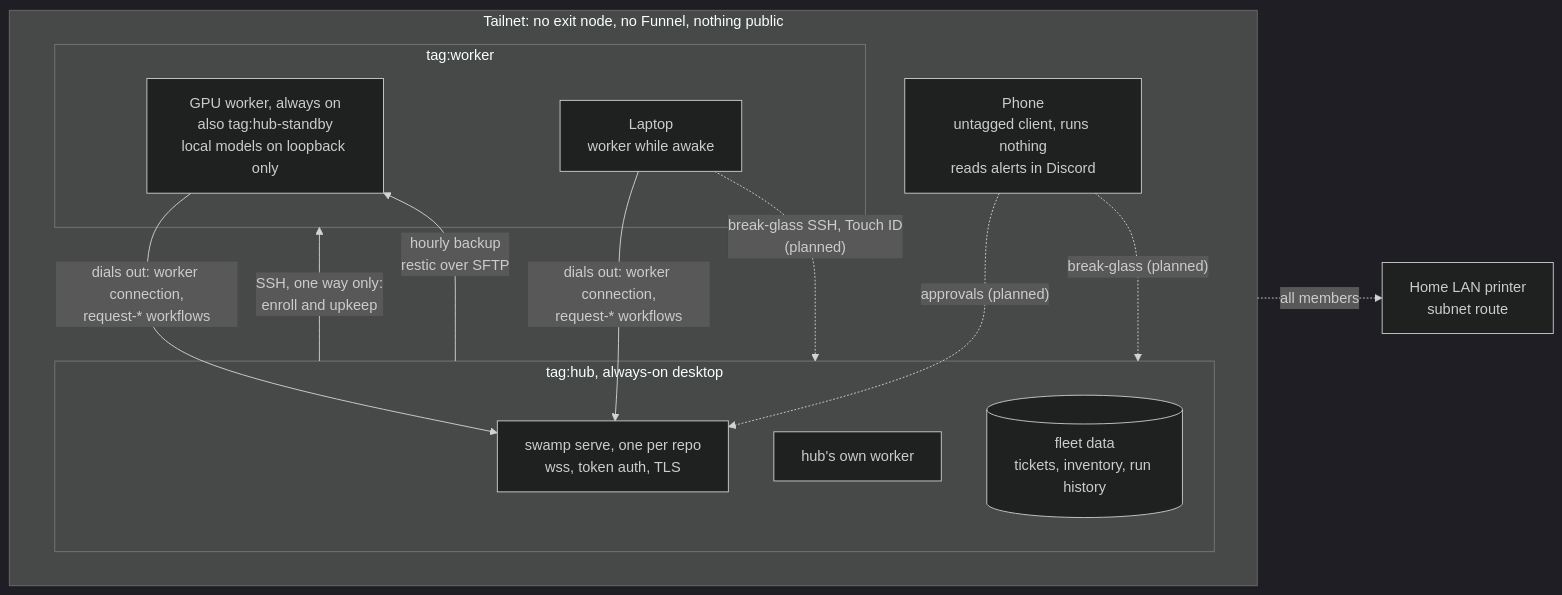
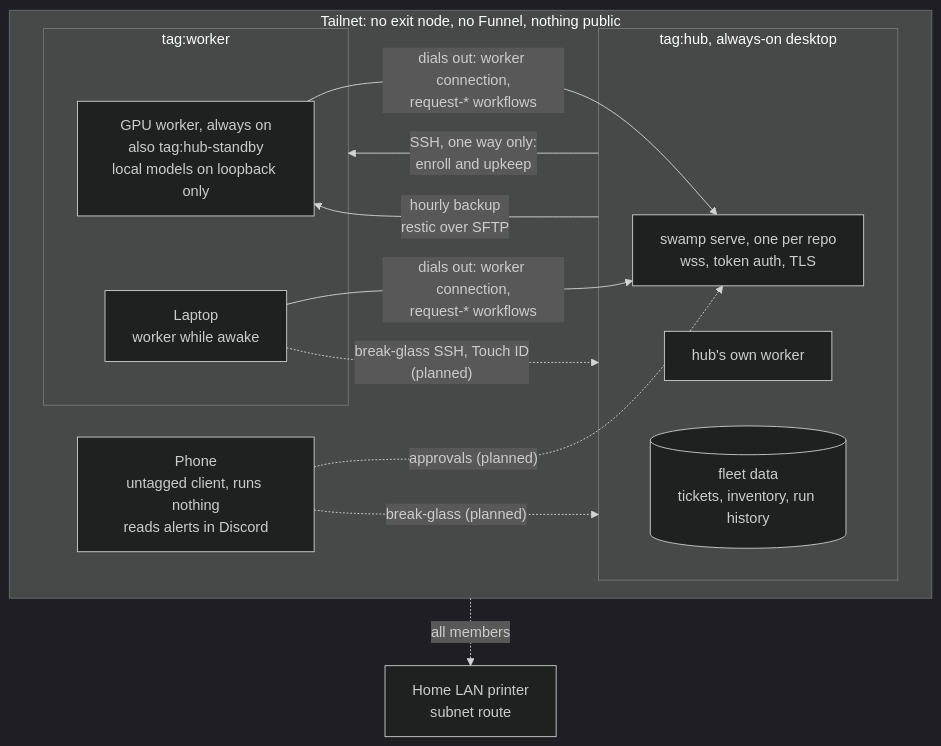
Before and after one commit to kagarmoe/kimberly-garmoe-web: the diagram in content/blog/tailnet.md, drawn with Mermaid (dark theme). The commit also changed 3 other files, not shown here.

First line of the commit message:
Blog: draw Mermaid diagrams at natural size, top to bottom (devswamp-196, cr-196-2, cr-196-3)

````diff
--- a/content/blog/tailnet.md
+++ b/content/blog/tailnet.md
@@ -12,25 +12,25 @@
 ```mermaid
-flowchart LR
+flowchart TB
   subgraph tailnet["Tailnet: no exit node, no Funnel, nothing public"]
     subgraph hub["tag:hub, always-on desktop"]
       serve["swamp serve, one per repo<br/>wss, token auth, TLS"]
       hubworker["hub's own worker"]
       fleetdata[("fleet data<br/>tickets, inventory, run history")]
     end
     subgraph workers["tag:worker"]
       gpu["GPU worker, always on<br/>also tag:hub-standby<br/>local models on loopback only"]
       laptop["Laptop<br/>worker while awake"]
     end
     phone["Phone<br/>untagged client, runs nothing<br/>reads alerts in Discord"]
   end
   lan["Home LAN printer<br/>subnet route"]
 
   gpu -- "dials out: worker connection,<br/>request-* workflows" --> serve
   laptop -- "dials out: worker connection,<br/>request-* workflows" --> serve
   hub -- "SSH, one way only:<br/>enroll and upkeep" --> workers
   hub -- "hourly backup<br/>restic over SFTP" --> gpu
   phone -. "approvals (planned)" .-> serve
   tailnet -. "all members" .-> lan
   laptop -. "break-glass SSH, Touch ID<br/>(planned)" .-> hub
   phone -. "break-glass (planned)" .-> hub
 ```
````
